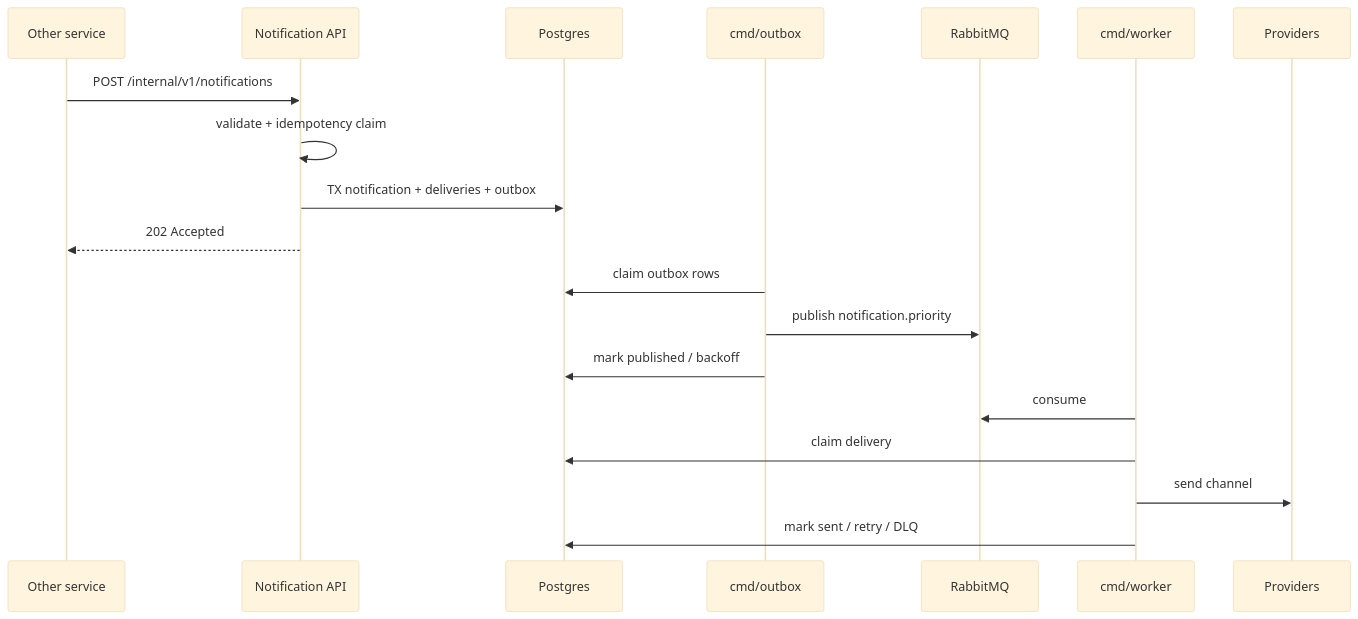
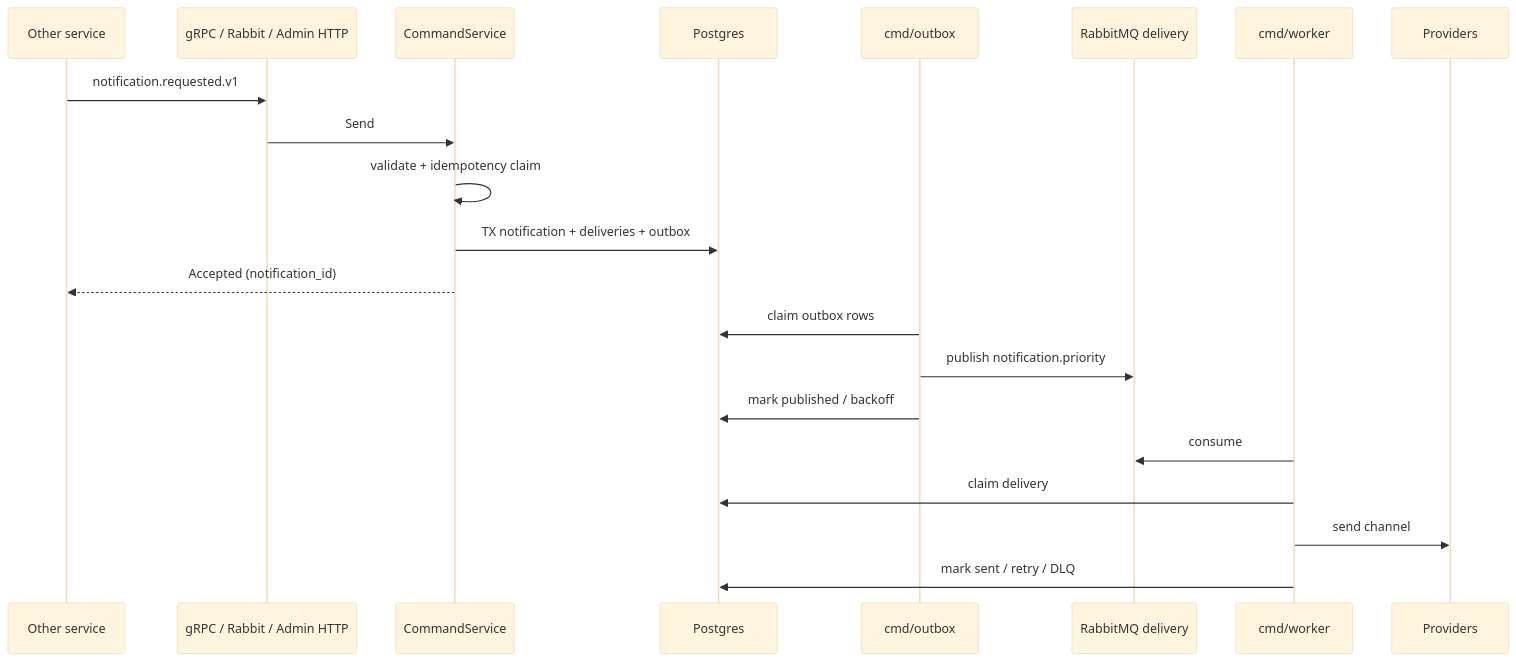
The second of 2 diagrams in README.md (mehrdad-masoumi/notification-service), drawn with Mermaid (base theme) before and after one commit. The commit also changed other lines of this file and 28 other files, not shown here.

````diff
--- a/README.md
+++ b/README.md
@@ -82,24 +97,26 @@
 ```mermaid
 sequenceDiagram
     participant Caller as Other service
-    participant API as Notification API
+    participant Ingress as gRPC / Rabbit / Admin HTTP
+    participant App as CommandService
     participant PG as Postgres
     participant Outbox as cmd/outbox
-    participant RMQ as RabbitMQ
+    participant RMQ as RabbitMQ delivery
     participant Worker as cmd/worker
     participant Prov as Providers
 
-    Caller->>API: POST /internal/v1/notifications
-    API->>API: validate + idempotency claim
-    API->>PG: TX notification + deliveries + outbox
-    API-->>Caller: 202 Accepted
+    Caller->>Ingress: notification.requested.v1
+    Ingress->>App: Send
+    App->>App: validate + idempotency claim
+    App->>PG: TX notification + deliveries + outbox
+    App-->>Caller: Accepted (notification_id)
 
     Outbox->>PG: claim outbox rows
     Outbox->>RMQ: publish notification.priority
     Outbox->>PG: mark published / backoff
 
     Worker->>RMQ: consume
     Worker->>PG: claim delivery
     Worker->>Prov: send channel
     Worker->>PG: mark sent / retry / DLQ
 ```
````
